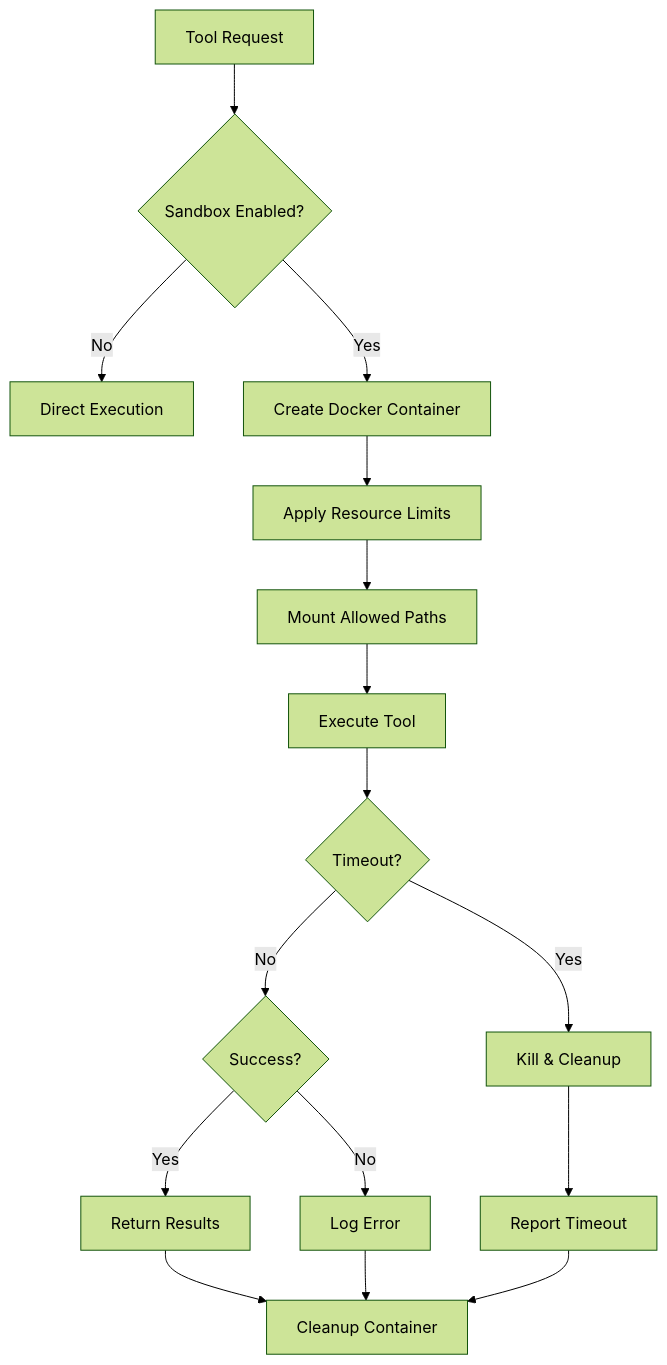
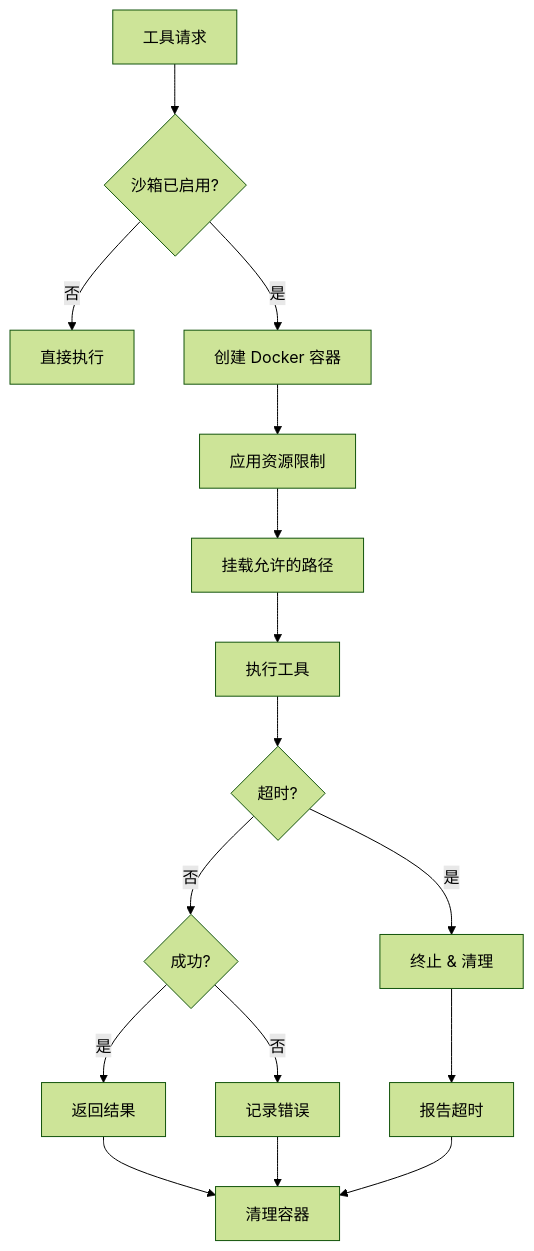
Before and after one commit to Elarwei001/research_openclaw: the third of 6 diagrams in src/content/docs/zh-cn/components/security-auth.md, drawn with Mermaid (forest theme). The commit also changed other lines of this file and 70 other files, not shown here.

````diff
--- a/src/content/docs/zh-cn/components/security-auth.md
+++ b/src/content/docs/zh-cn/components/security-auth.md
@@ -75,23 +75,23 @@
 ```mermaid
 flowchart TD
-    A[Tool Request] --> B{Sandbox Enabled?}
+    A[工具请求] --> B{沙箱已启用?}
     
-    B -->|No| C[Direct Execution]
-    B -->|Yes| D[Create Docker Container]
+    B -->|否| C[直接执行]
+    B -->|是| D[创建 Docker 容器]
     
-    D --> E[Apply Resource Limits]
-    E --> F[Mount Allowed Paths]
-    F --> G[Execute Tool]
+    D --> E[应用资源限制]
+    E --> F[挂载允许的路径]
+    F --> G[执行工具]
     
-    G --> H{Timeout?}
-    H -->|Yes| I[Kill & Cleanup]
-    H -->|No| J{Success?}
+    G --> H{超时?}
+    H -->|是| I[终止 & 清理]
+    H -->|否| J{成功?}
     
-    J -->|Yes| K[Return Results]
-    J -->|No| L[Log Error]
+    J -->|是| K[返回结果]
+    J -->|否| L[记录错误]
     
-    I --> M[Report Timeout]
-    K --> N[Cleanup Container]
+    I --> M[报告超时]
+    K --> N[清理容器]
     L --> N
     M --> N
 ```
````
